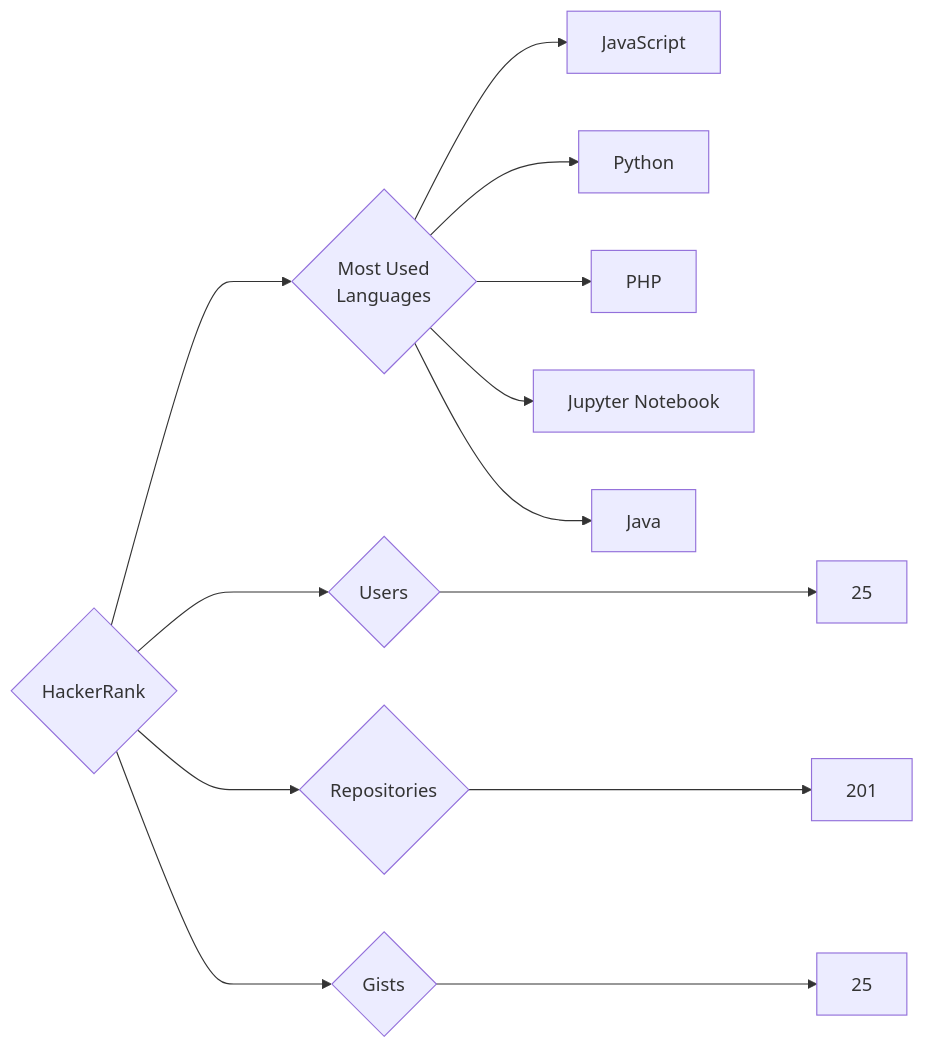
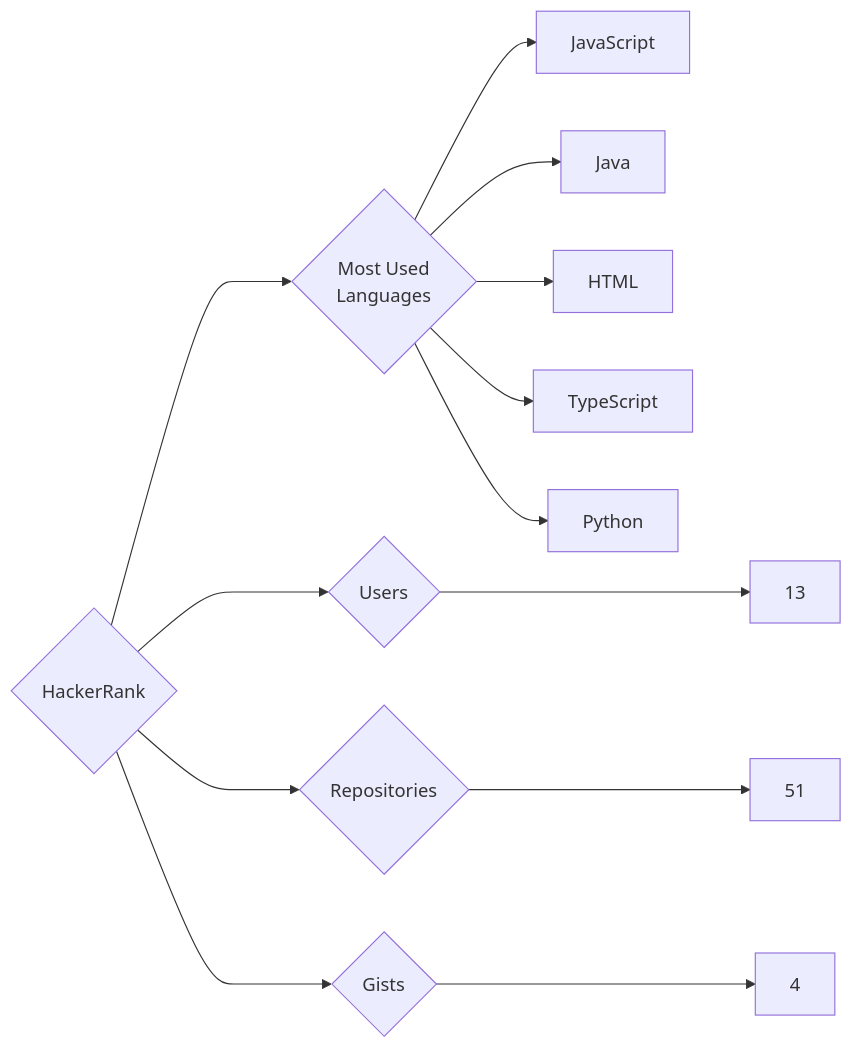
One commit to trickest/insiders changed the diagram in targets/HackerRank/README.md. Above: the diagram before and after it, drawn with Mermaid. The commit also changed 1238 other files, not shown here.

````diff
--- a/targets/HackerRank/README.md
+++ b/targets/HackerRank/README.md
@@ -3,13 +3,13 @@
 ```mermaid
 graph LR
 COMPANY_NAME{HackerRank}
-COMPANY_NAME ---> U{Users} ---> UN[25]
-COMPANY_NAME ---> R{Repositories} ---> RN[201]
-COMPANY_NAME ---> G{Gists} ---> GN[25]
+COMPANY_NAME ---> U{Users} ---> UN[13]
+COMPANY_NAME ---> R{Repositories} ---> RN[51]
+COMPANY_NAME ---> G{Gists} ---> GN[4]
 COMPANY_NAME ---> ML{Most Used<br>Languages}
 ML --> JavaScript[JavaScript]
+ML --> Java[Java]
+ML --> HTML[HTML]
+ML --> TypeScript[TypeScript]
 ML --> Python[Python]
-ML --> PHP[PHP]
-ML --> Jupyter_Notebook[Jupyter Notebook]
-ML --> Java[Java]
 ```
````
